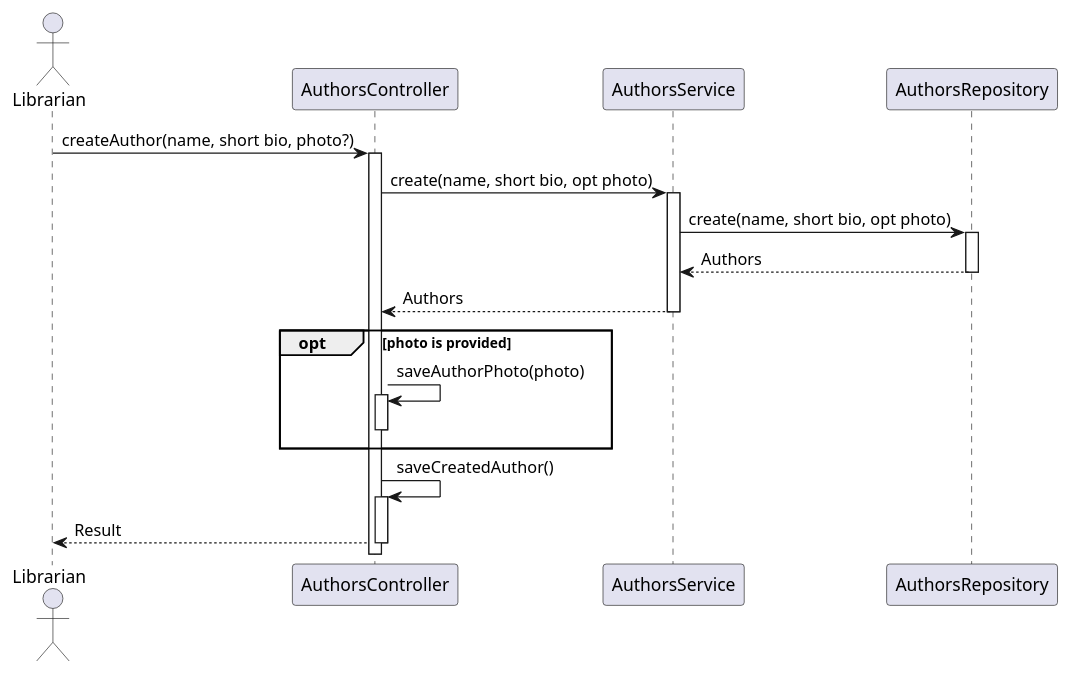
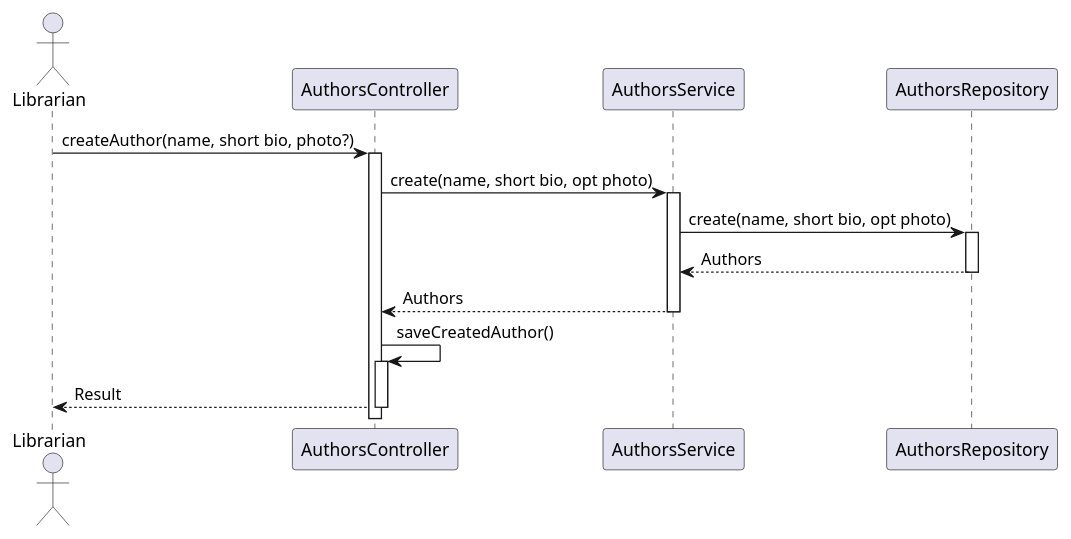
One commit to rutemf/1220944_1220772_G01 changed the diagram in Docs/Phase2/WP2B-Authors/Ph2-3-RegisterAuthor-Photo/Ph2-3-RegisterAuthorPhoto.puml. Above: the diagram before and after it, drawn with PlantUML. The commit also changed 12 other files, not shown here.

Commit message:
Class diagram, mds, sd Authors

```diff
--- a/Docs/Phase2/WP2B-Authors/Ph2-3-RegisterAuthor-Photo/Ph2-3-RegisterAuthorPhoto.puml
+++ b/Docs/Phase2/WP2B-Authors/Ph2-3-RegisterAuthor-Photo/Ph2-3-RegisterAuthorPhoto.puml
@@ -1,30 +1,24 @@
 @startuml
 
 actor Librarian
 participant "AuthorsController" as Controller
 participant "AuthorsService" as Service
 participant "AuthorsRepository" as Repository
 
 Librarian -> Controller: createAuthor(name, short bio, photo?)
 activate Controller
 Controller -> Service: create(name, short bio, opt photo)
 activate Service
 Service -> Repository: create(name, short bio, opt photo)
 activate Repository
 Repository --> Service: Authors
 deactivate Repository
 Service --> Controller: Authors
 deactivate Service
 
-opt photo is provided
-    Controller -> Controller: saveAuthorPhoto(photo)
-    activate Controller
-    deactivate Controller
-end
-
 Controller -> Controller: saveCreatedAuthor()
 activate Controller
 Controller --> Librarian: Result
 deactivate Controller
 
 @enduml
```
